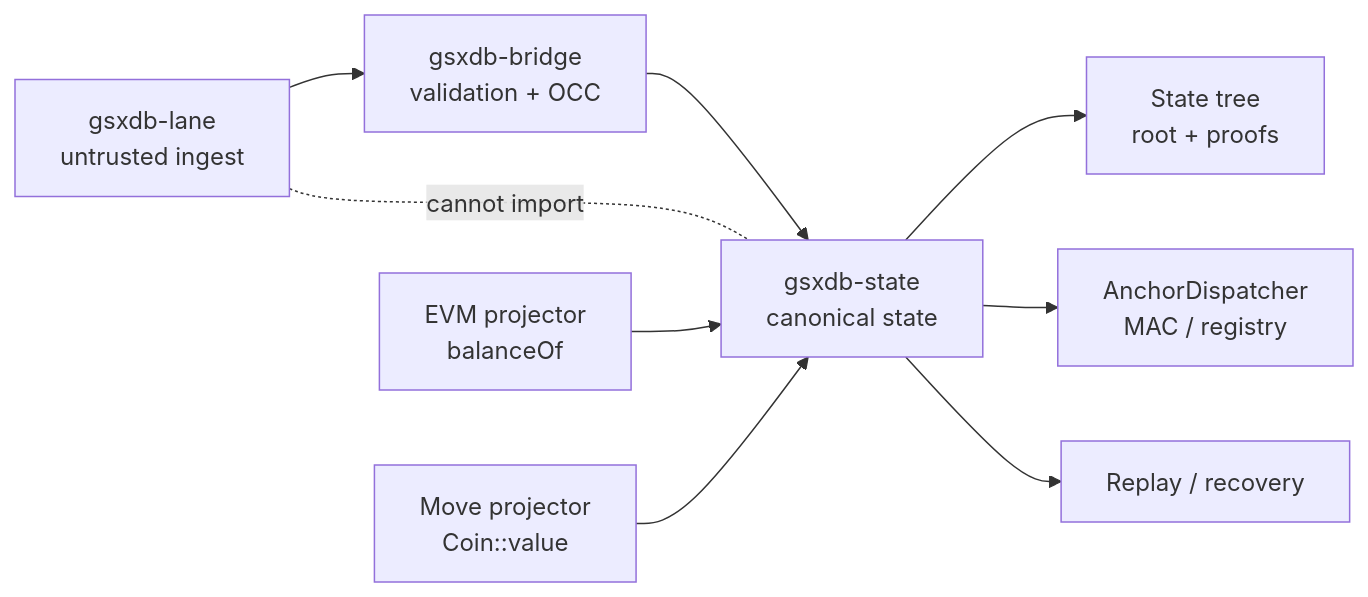
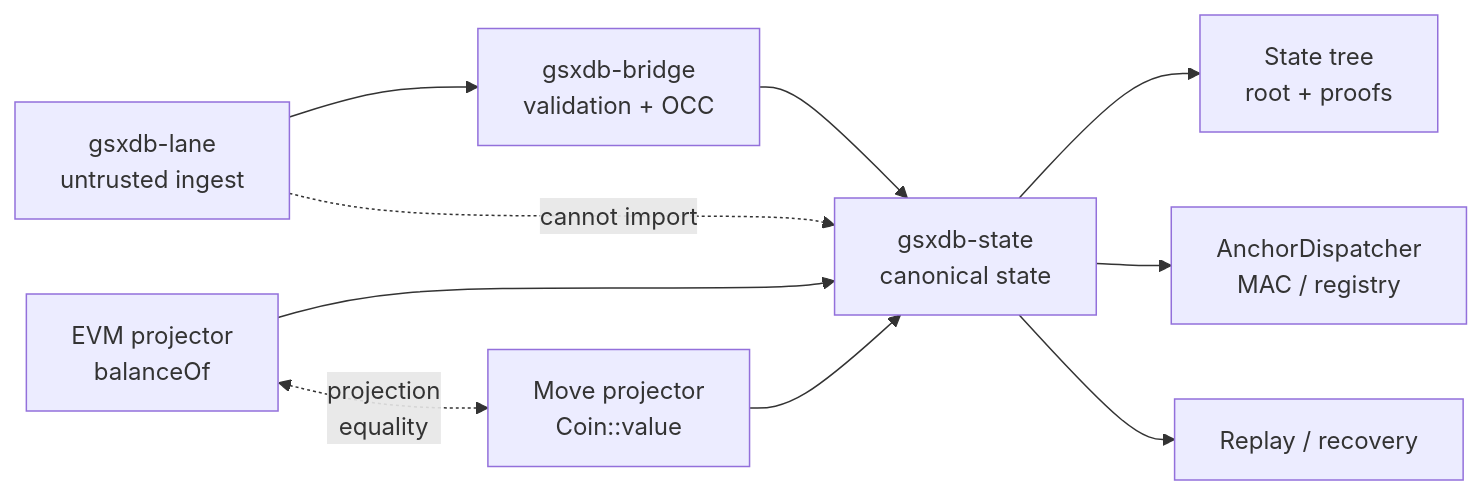
Before and after one commit to Suwappu-Labs/suwappu-dag: the diagram in docs/visuals/mermaid/gsx-db.md, drawn with Mermaid. The commit also changed 16 other files, not shown here.

````diff
--- a/docs/visuals/mermaid/gsx-db.md
+++ b/docs/visuals/mermaid/gsx-db.md
@@ -3,11 +3,12 @@
 ```mermaid
 flowchart LR
-  Lane[gsxdb-lane<br/>untrusted ingest] --> Bridge[gsxdb-bridge<br/>validation + OCC]
-  Bridge --> State[gsxdb-state<br/>canonical state]
-  Lane -. cannot import .- State
-  State --> Tree[State tree<br/>root + proofs]
-  State --> Anchor[AnchorDispatcher<br/>MAC / registry]
-  State --> Replay[Replay / recovery]
-  Read1[EVM projector<br/>balanceOf] --> State
-  Read2[Move projector<br/>Coin::value] --> State
+  Lane["gsxdb-lane<br/>untrusted ingest"] --> Bridge["gsxdb-bridge<br/>validation + OCC"]
+  Bridge --> State["gsxdb-state<br/>canonical state"]
+  Lane -.->|"cannot import"| State
+  State --> Tree["State tree<br/>root + proofs"]
+  State --> Anchor["AnchorDispatcher<br/>MAC / registry"]
+  State --> Replay["Replay / recovery"]
+  Read1["EVM projector<br/>balanceOf"] --> State
+  Read2["Move projector<br/>Coin::value"] --> State
+  Read1 <-.->|"projection<br/>equality"| Read2
 ```
````
